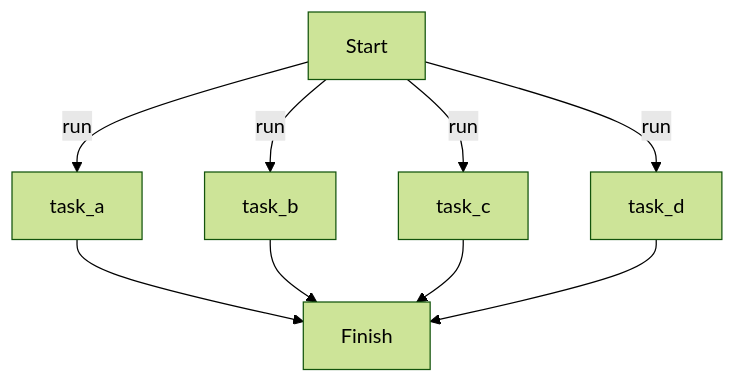
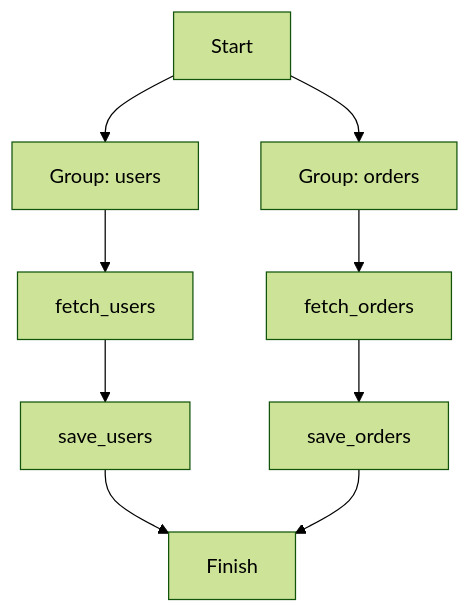
The third of 3 diagrams in README.md (dotflow-io/dotflow), drawn with Mermaid (forest theme) before and after one commit. The commit also changed other lines of this file, not shown here.

````diff
--- a/README.md
+++ b/README.md
@@ -273,11 +165,7 @@
 ```mermaid
 flowchart TD
-    S[Start] -->|run| A[task_a]
-    S[Start] -->|run| B[task_b]
-    S[Start] -->|run| C[task_c]
-    S[Start] -->|run| D[task_d]
-    A --> H[Finish]
-    B --> H[Finish]
-    C --> H[Finish]
-    D --> H[Finish]
+    S[Start] --> G1[Group: users] & G2[Group: orders]
+    G1 --> A[fetch_users] --> B[save_users]
+    G2 --> C[fetch_orders] --> D[save_orders]
+    B & D --> F[Finish]
 ```
````
